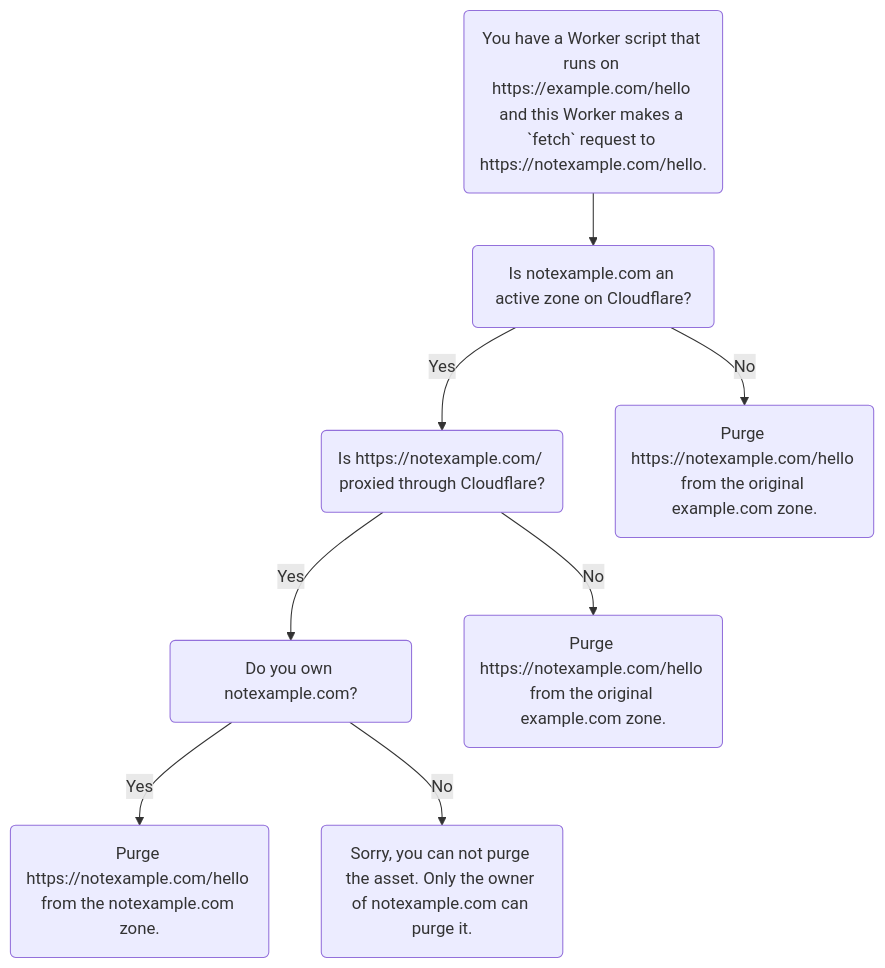
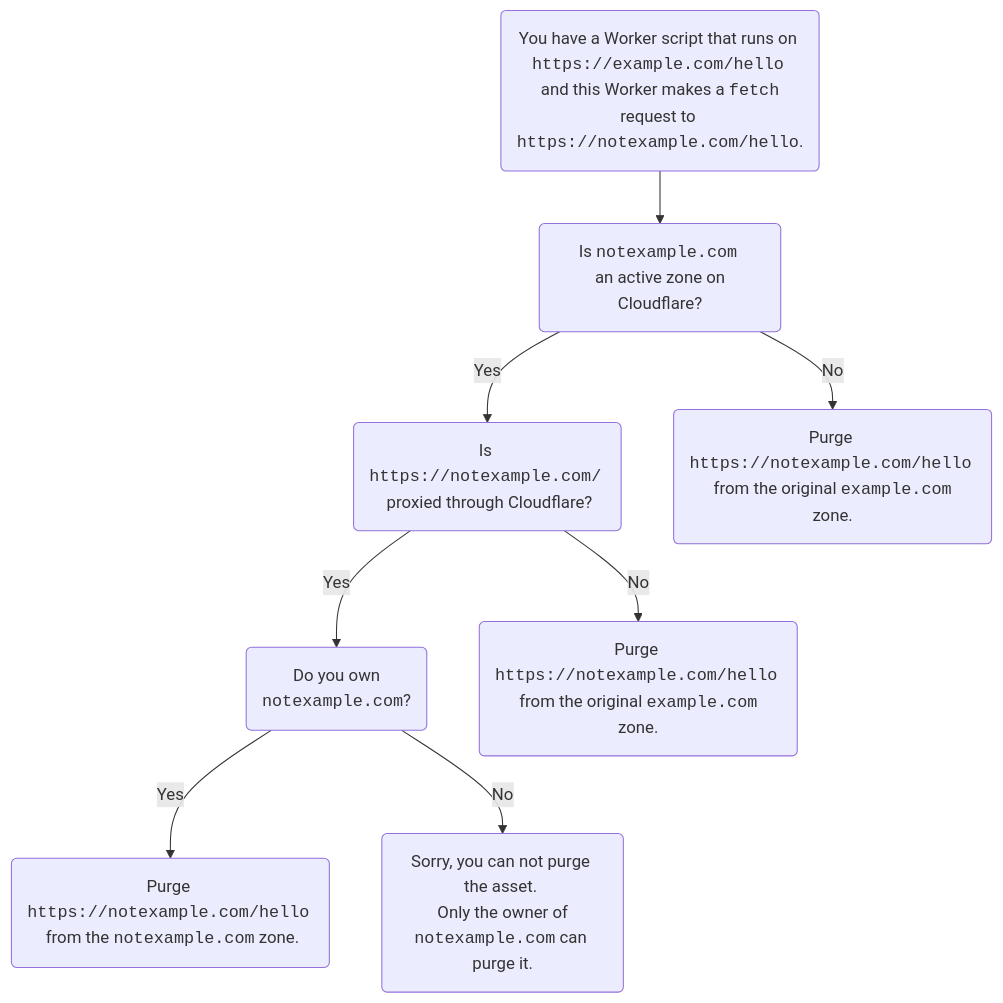
Before and after one commit to rdhanarot/cloudflare-docs: the diagram in content/workers/learning/how-the-cache-works.md, drawn with Mermaid.

Commit message:
Mermaid chart fix. (#8212)

````diff
--- a/content/workers/learning/how-the-cache-works.md
+++ b/content/workers/learning/how-the-cache-works.md
@@ -51,12 +51,12 @@
 ```mermaid
 flowchart TD
 accTitle: Single file purge  assets cached by a worker
 accDescr: This diagram is meant to help choose how to purge a file.
-A("You have a Worker script that runs on https://example.com/hello and this Worker makes a `fetch` request to https://notexample.com/hello.") --> B(Is notexample.com an active zone on Cloudflare?)
-    B -- Yes --> C(Is https://notexample.com/ proxied through Cloudflare?)
-    B -- No  --> D(Purge https://notexample.com/hello from the original example.com zone.)
-    C -- Yes --> E(Do you own notexample.com?)
-    C -- No --> F(Purge https://notexample.com/hello from the original example.com zone.)
-    E -- Yes --> G(Purge https://notexample.com/hello from the notexample.com zone.)
-    E -- No --> H(Sorry, you can not purge the asset. Only the owner of notexample.com can purge it.)
+A("You have a Worker script that runs on <code>https://example.com/hello</code> <br> and this Worker makes a <code>fetch</code> request to <code>https://notexample.com/hello</code>.") --> B(Is <code>notexample.com</code> <br> an active zone on Cloudflare?)
+    B -- Yes --> C(Is <code>https://notexample.com/</code> <br> proxied through Cloudflare?)
+    B -- No  --> D(Purge <code>https://notexample.com/hello</code> <br> from the original <code>example.com</code> zone.)
+    C -- Yes --> E(Do you own <br> <code>notexample.com</code>?)
+    C -- No --> F(Purge <code>https://notexample.com/hello</code> <br> from the original <code>example.com</code> zone.)
+    E -- Yes --> G(Purge <code>https://notexample.com/hello</code> <br> from the <code>notexample.com</code> zone.)
+    E -- No --> H(Sorry, you can not purge the asset. <br> Only the owner of <code>notexample.com</code> can purge it.)
 ```
````
